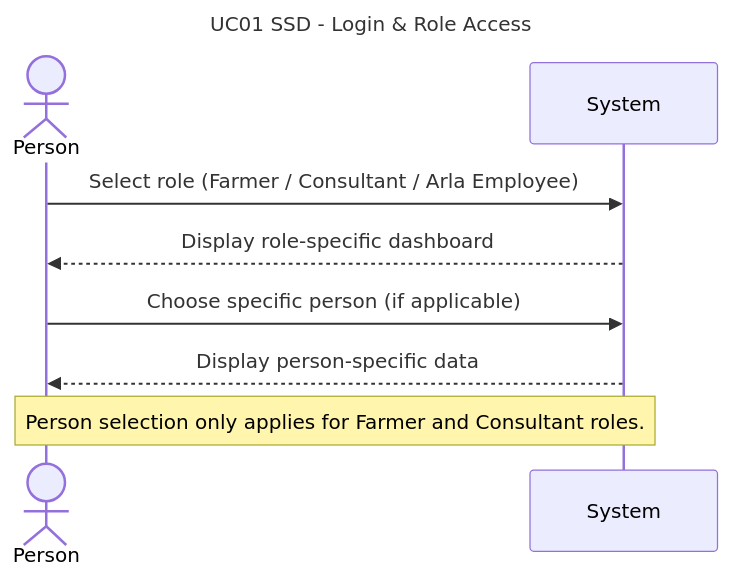
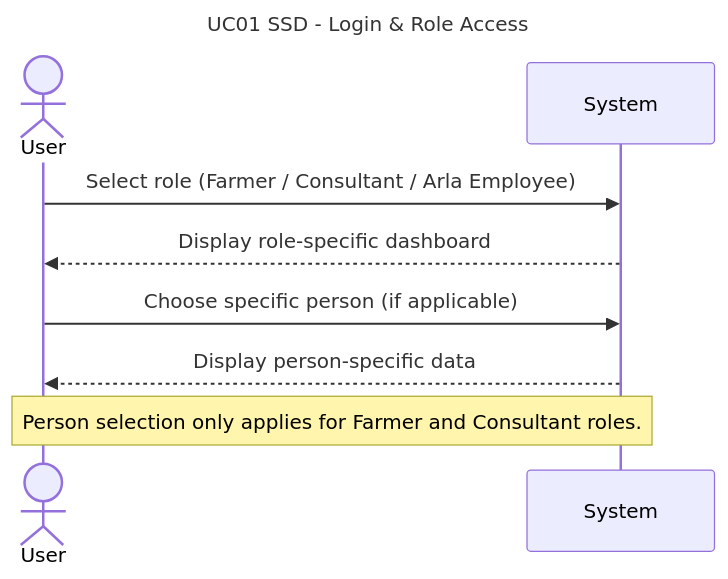
One commit to DMOoF25-TEAM11/ArlaNatureConnect changed the diagram in docs/UseCase001-LoginAndRoleaccess/UC001-SSD.mmd. Above: the diagram before and after it, drawn with Mermaid. The commit also changed 1 other file, not shown here.

Commit message:
Person -> User relevante steder

```diff
--- a/docs/UseCase001-LoginAndRoleaccess/UC001-SSD.mmd
+++ b/docs/UseCase001-LoginAndRoleaccess/UC001-SSD.mmd
@@ -1,12 +1,12 @@
 sequenceDiagram
     title: UC01 SSD - Login & Role Access
 
-    actor Person
+    actor User
     participant System
 
-    Person ->> System: Select role (Farmer / Consultant / Arla Employee)
-    System -->> Person: Display role-specific dashboard
-    Person ->> System: Choose specific person (if applicable)
-    System -->> Person: Display person-specific data
+    User ->> System: Select role (Farmer / Consultant / Arla Employee)
+    System -->> User: Display role-specific dashboard
+    User ->> System: Choose specific person (if applicable)
+    System -->> User: Display person-specific data
 
-    Note over Person,System: Person selection only applies for Farmer and Consultant roles.
+    Note over User,System: Person selection only applies for Farmer and Consultant roles.
```
